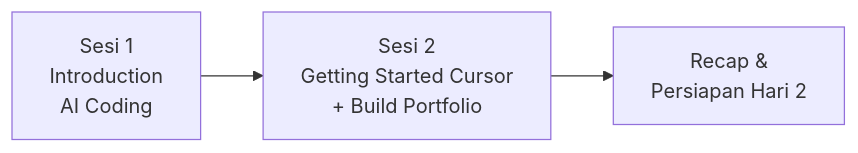
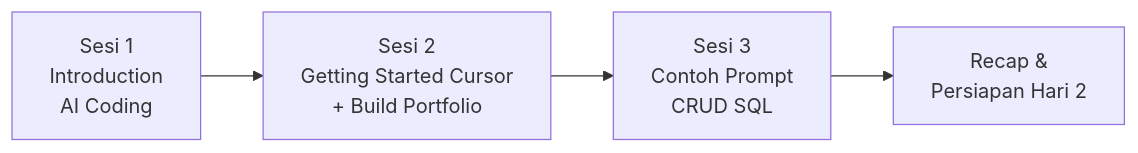
Before and after one commit to githubna-ilham/AI_Cursor: the diagram in Hari-1-Fundamental-DevNotes/README.md, drawn with Mermaid. The commit also changed other lines of this file and 2 other files, not shown here.

First line of the commit message:
feat(hari-1): tambah sesi 3 — contoh prompt CRUD SQL di Cursor

````diff
--- a/Hari-1-Fundamental-DevNotes/README.md
+++ b/Hari-1-Fundamental-DevNotes/README.md
@@ -36,5 +36,6 @@
 ```mermaid
 flowchart LR
     A[Sesi 1<br/>Introduction<br/>AI Coding] --> B[Sesi 2<br/>Getting Started Cursor<br/>+ Build Portfolio]
-    B --> C[Recap &<br/>Persiapan Hari 2]
+    B --> C[Sesi 3<br/>Contoh Prompt<br/>CRUD SQL]
+    C --> D[Recap &<br/>Persiapan Hari 2]
 ```
````
